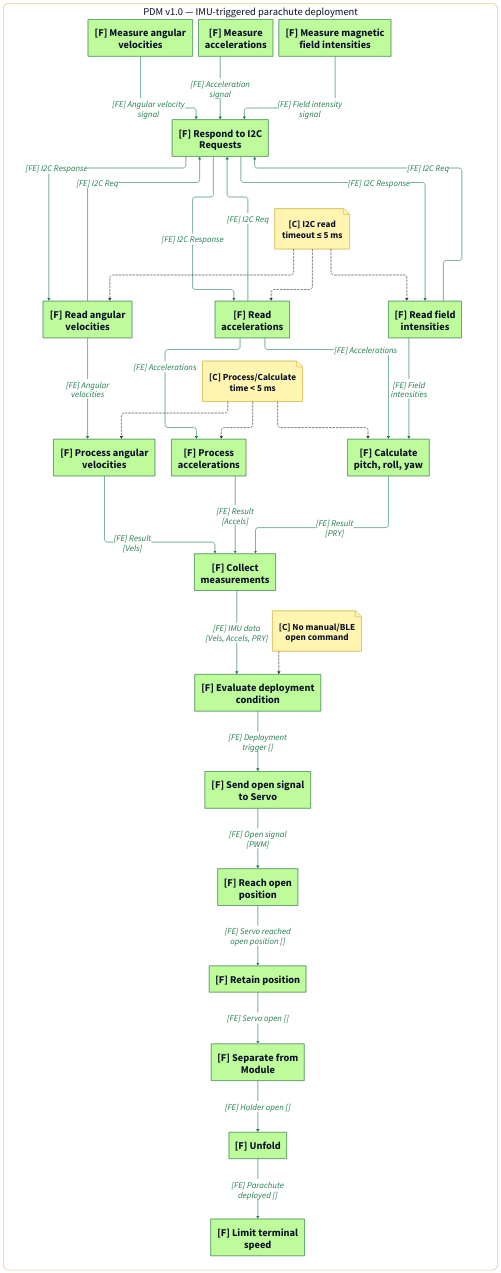
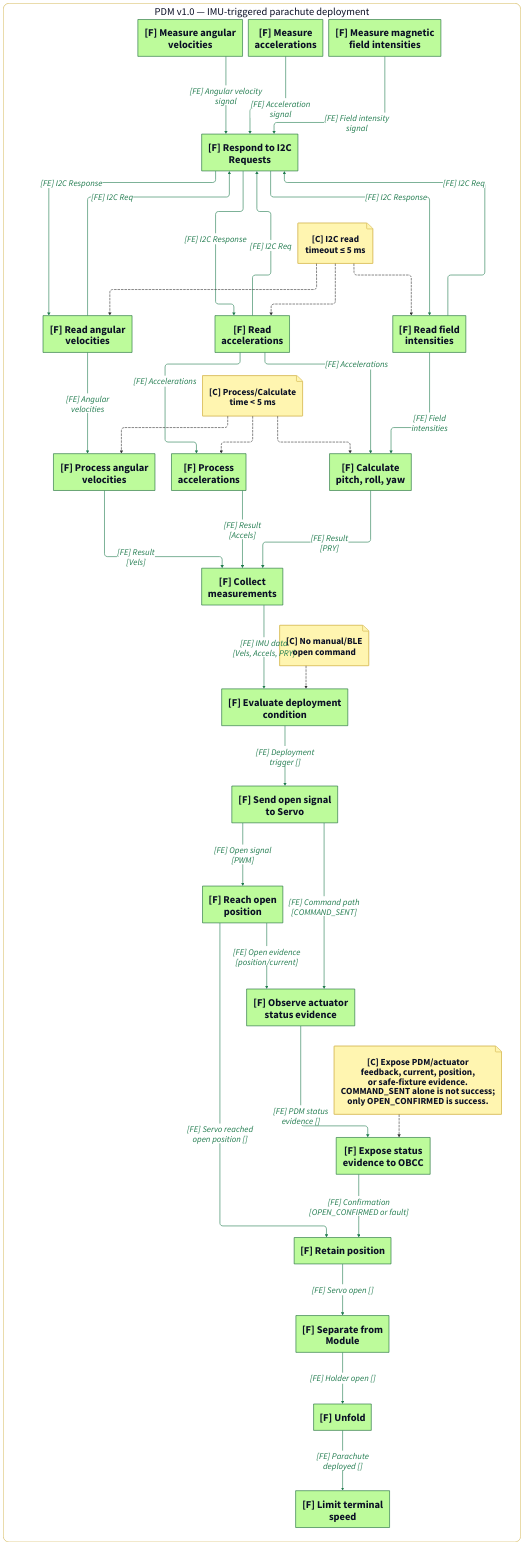
Before and after one commit to DeltaLabo/CanSatWorkshop: the diagram in PDM/MBSE/v1.0/PDM_v1.0_view4_imu_triggered_deployment_chain.d2, drawn with D2. The commit also changed 114 other files, not shown here.

Commit message:
Add parachute deployment status telemetry signal

```diff
--- a/PDM/MBSE/v1.0/PDM_v1.0_view4_imu_triggered_deployment_chain.d2
+++ b/PDM/MBSE/v1.0/PDM_v1.0_view4_imu_triggered_deployment_chain.d2
@@ -1,114 +1,122 @@
 vars: {
   d2-config: {
     layout-engine: elk
   }
 }
 
 # Functional chain: PDM v1.0 IMU-triggered parachute deployment.
 # ADS v1.0 IMU acquisition and processing feeds the PDM deployment decision;
 # no manual/BLE open command participates in this deployment chain.
 direction: down
 
 classes: {
   func: {
     shape: rectangle
     style: { fill: "#BDFB9B"; stroke: "#166534"; stroke-width: 2; font-size: 36 }
   }
   lc: {
     style: {
       fill: "#A9C7E6"; stroke: "#5B65C9"; stroke-width: 2
       border-radius: 20; font-size: 40
     }
   }
   pc: {
     style: { fill: "#FFF8BF"; stroke: "#D1B24A"; stroke-width: 2; font-size: 40 }
   }
   sys: {
     style: { fill: "#E6E6E6"; stroke: "#9A9A9A"; stroke-width: 2; font-size: 48 }
   }
   ea: {
     shape: rectangle
     style: {
       fill: "#BFEAF4"; stroke: "#5B65C9"; stroke-width: 2
       border-radius: 20; font-size: 40
     }
   }
   note: { style: { fill: "#FFF5B0"; stroke: "#D1B24A"; font-size: 32 } }
   chain: {
     style: {
       fill: "#FFFFFF"; stroke: "#D1B24A"; stroke-width: 2
       border-radius: 20; font-size: 36
     }
   }
   fe:   { style: { stroke: "#1F7A4D"; font-color: "#1F7A4D"; stroke-width: 2; font-size: 30 } }
   ce:   { style: { stroke: "#5B65C9"; font-color: "#5B65C9"; stroke-width: 2; font-size: 30 } }
   pl:   { style: { stroke: "#E11D28"; font-color: "#E11D28"; stroke-width: 2; font-size: 30 } }
   cstr: { style: { stroke: "#333333"; stroke-dash: 3; font-size: 26 } }
 }
 
 chain: "PDM v1.0 — IMU-triggered parachute deployment" {
   class: chain
   direction: down
 
   note_no_manual_trigger: "[C] No manual/BLE\nopen command" { class: note; shape: page }
   note_i2c_timeout: "[C] I2C read\ntimeout ≤ 5 ms" { class: note; shape: page }
   note_process_time: "[C] Process/Calculate\ntime < 5 ms" { class: note; shape: page }
+  note_status_evidence: "[C] Expose PDM/actuator\nfeedback, current, position,\nor safe-fixture evidence.\nCOMMAND_SENT alone is not success;\nonly OPEN_CONFIRMED is success." { class: note; shape: page }
 
   measure_angular_velocities: "[F] Measure angular\nvelocities" { class: func }
   measure_accelerations: "[F] Measure\naccelerations" { class: func }
   measure_magnetic_field_intensities: "[F] Measure magnetic\nfield intensities" { class: func }
   respond_i2c_requests: "[F] Respond to I2C\nRequests" { class: func }
 
   read_angular_velocities: "[F] Read angular\nvelocities" { class: func }
   read_accelerations: "[F] Read\naccelerations" { class: func }
   read_field_intensities: "[F] Read field\nintensities" { class: func }
 
   process_angular_velocities: "[F] Process angular\nvelocities" { class: func }
   process_accelerations: "[F] Process\naccelerations" { class: func }
   calculate_pitch_roll_yaw: "[F] Calculate\npitch, roll, yaw" { class: func }
 
   collect_measurements: "[F] Collect\nmeasurements" { class: func }
   evaluate_deployment_condition: "[F] Evaluate deployment\ncondition" { class: func }
   send_open_signal_to_servo: "[F] Send open signal\nto Servo" { class: func }
+  observe_actuator_status: "[F] Observe actuator\nstatus evidence" { class: func }
+  expose_status_to_obcc: "[F] Expose status\nevidence to OBCC" { class: func }
   reach_open_position: "[F] Reach open\nposition" { class: func }
   retain_position: "[F] Retain position" { class: func }
   separate_from_module: "[F] Separate from\nModule" { class: func }
   unfold: "[F] Unfold" { class: func }
   limit_terminal_speed: "[F] Limit terminal\nspeed" { class: func }
 }
 
 chain.measure_angular_velocities -> chain.respond_i2c_requests: "[FE] Angular velocity\nsignal" { class: fe }
 chain.measure_accelerations -> chain.respond_i2c_requests: "[FE] Acceleration\nsignal" { class: fe }
 chain.measure_magnetic_field_intensities -> chain.respond_i2c_requests: "[FE] Field intensity\nsignal" { class: fe }
 
 chain.read_angular_velocities -> chain.respond_i2c_requests: "[FE] I2C Req" { class: fe }
 chain.read_accelerations -> chain.respond_i2c_requests: "[FE] I2C Req" { class: fe }
 chain.read_field_intensities -> chain.respond_i2c_requests: "[FE] I2C Req" { class: fe }
 chain.respond_i2c_requests -> chain.read_angular_velocities: "[FE] I2C Response" { class: fe }
 chain.respond_i2c_requests -> chain.read_accelerations: "[FE] I2C Response" { class: fe }
 chain.respond_i2c_requests -> chain.read_field_intensities: "[FE] I2C Response" { class: fe }
 
 chain.read_angular_velocities -> chain.process_angular_velocities: "[FE] Angular\nvelocities" { class: fe }
 chain.read_accelerations -> chain.process_accelerations: "[FE] Accelerations" { class: fe }
 chain.read_accelerations -> chain.calculate_pitch_roll_yaw: "[FE] Accelerations" { class: fe }
 chain.read_field_intensities -> chain.calculate_pitch_roll_yaw: "[FE] Field\nintensities" { class: fe }
 
 chain.process_angular_velocities -> chain.collect_measurements: "[FE] Result\n[Vels]" { class: fe }
 chain.process_accelerations -> chain.collect_measurements: "[FE] Result\n[Accels]" { class: fe }
 chain.calculate_pitch_roll_yaw -> chain.collect_measurements: "[FE] Result\n[PRY]" { class: fe }
 
 chain.collect_measurements -> chain.evaluate_deployment_condition: "[FE] IMU data\n[Vels, Accels, PRY]" { class: fe }
 chain.evaluate_deployment_condition -> chain.send_open_signal_to_servo: "[FE] Deployment\ntrigger []" { class: fe }
 chain.send_open_signal_to_servo -> chain.reach_open_position: "[FE] Open signal\n[PWM]" { class: fe }
+chain.send_open_signal_to_servo -> chain.observe_actuator_status: "[FE] Command path\n[COMMAND_SENT]" { class: fe }
+chain.reach_open_position -> chain.observe_actuator_status: "[FE] Open evidence\n[position/current]" { class: fe }
+chain.observe_actuator_status -> chain.expose_status_to_obcc: "[FE] PDM status\nevidence []" { class: fe }
+chain.expose_status_to_obcc -> chain.retain_position: "[FE] Confirmation\n[OPEN_CONFIRMED or fault]" { class: fe }
 chain.reach_open_position -> chain.retain_position: "[FE] Servo reached\nopen position []" { class: fe }
 chain.retain_position -> chain.separate_from_module: "[FE] Servo open []" { class: fe }
 chain.separate_from_module -> chain.unfold: "[FE] Holder open []" { class: fe }
 chain.unfold -> chain.limit_terminal_speed: "[FE] Parachute\ndeployed []" { class: fe }
 
 chain.note_no_manual_trigger -> chain.evaluate_deployment_condition { class: cstr }
 chain.note_i2c_timeout -> chain.read_angular_velocities { class: cstr }
 chain.note_i2c_timeout -> chain.read_accelerations { class: cstr }
 chain.note_i2c_timeout -> chain.read_field_intensities { class: cstr }
 chain.note_process_time -> chain.process_angular_velocities { class: cstr }
 chain.note_process_time -> chain.process_accelerations { class: cstr }
 chain.note_process_time -> chain.calculate_pitch_roll_yaw { class: cstr }
+chain.note_status_evidence -> chain.expose_status_to_obcc { class: cstr }
```
